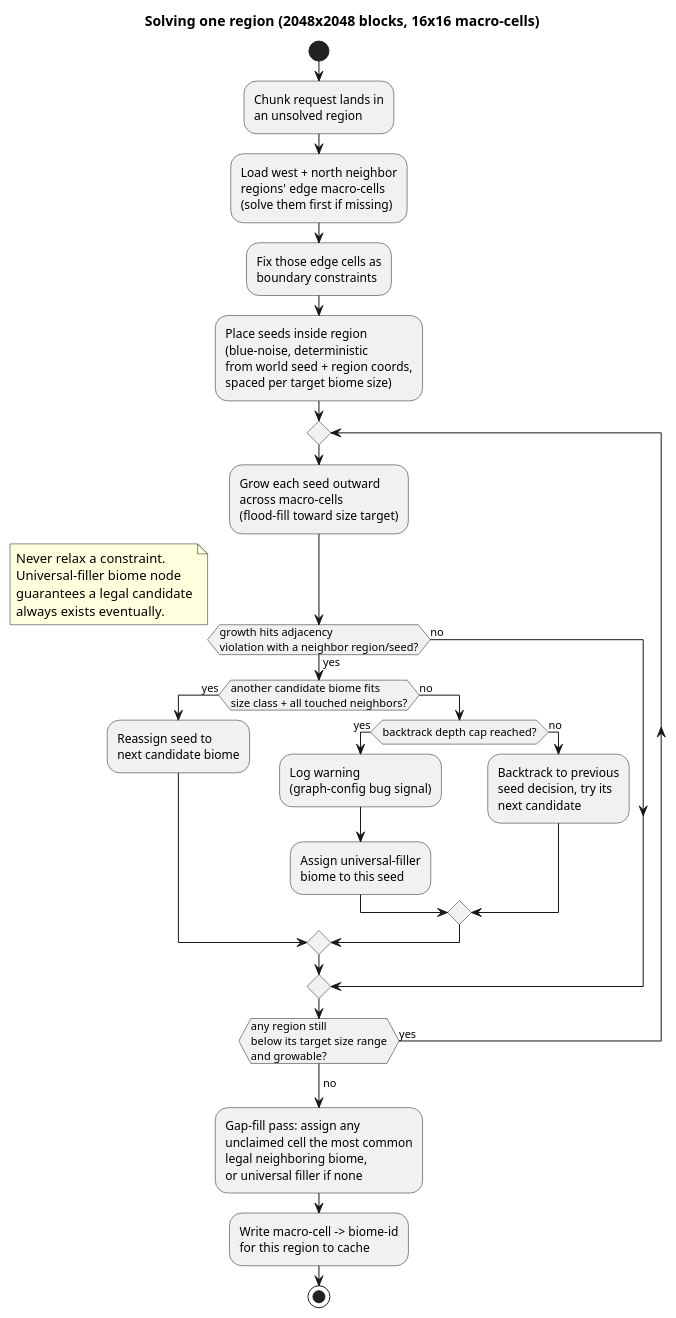
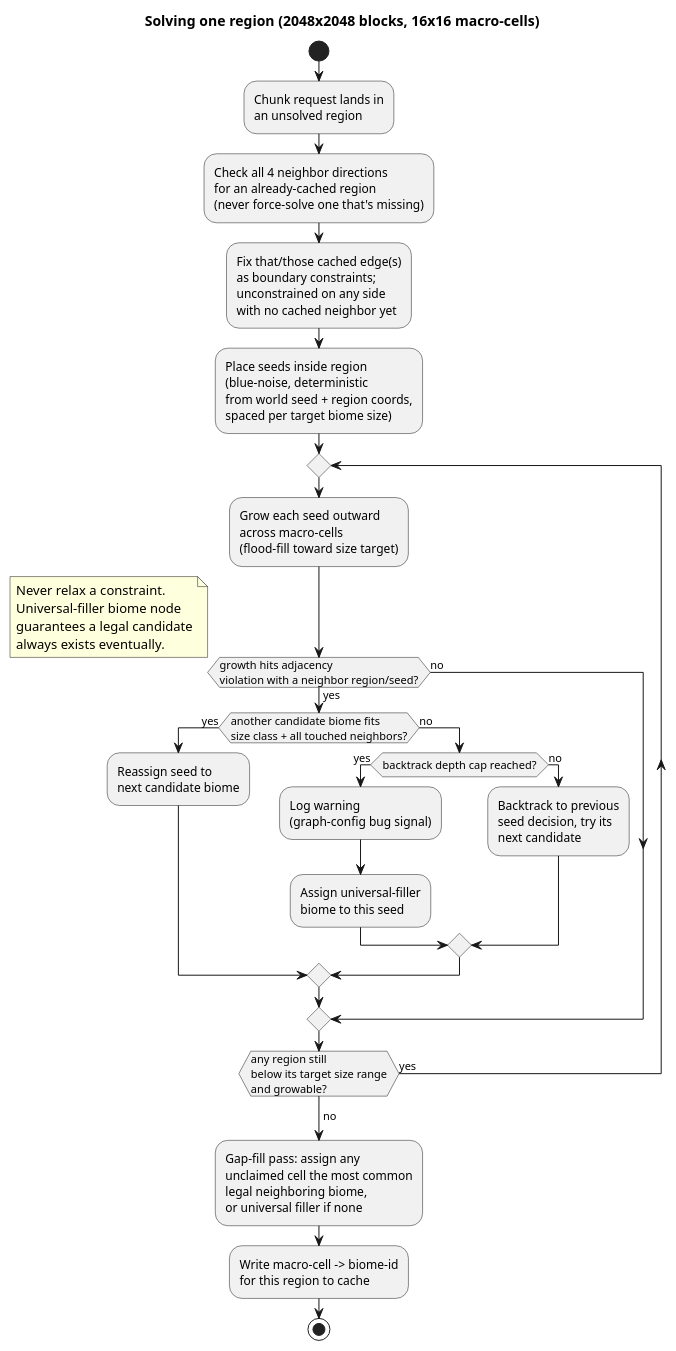
Before and after one commit to Boulede987/Mine-Utz: the diagram in companion-mods/mineutze-worldgen/doc/region-solve-activity.puml, drawn with PlantUML. The commit also changed 2 other files, not shown here.

Commit message:
Fix circular west/north dependency in region-solve design
Original design said a region needs its west/north neighbors solved
first. On an infinite world that's circular - there's no region with
no west/north neighbor to act as a base case, so the very first
region ever solved would recurse forever trying to solve its
neighbors first.

Fixed: check all 4 neighbor directions for an already-cached region
and use it as boundary context; never force-solve a missing one. A
side with nothing cached yet is just unconstrained. Found while
designing the mod-side cache manager, before it could cause the bug
at runtime. RegionSolveInput.fixedBoundaryCells was already
direction-agnostic in code - only the doc narrative and javadoc
wording assumed west/north.

```diff
--- a/companion-mods/mineutze-worldgen/doc/region-solve-activity.puml
+++ b/companion-mods/mineutze-worldgen/doc/region-solve-activity.puml
@@ -1,38 +1,38 @@
 @startuml
 title Solving one region (2048x2048 blocks, 16x16 macro-cells)
 
 start
 :Chunk request lands in\nan unsolved region;
-:Load west + north neighbor\nregions' edge macro-cells\n(solve them first if missing);
-:Fix those edge cells as\nboundary constraints;
+:Check all 4 neighbor directions\nfor an already-cached region\n(never force-solve one that's missing);
+:Fix that/those cached edge(s)\nas boundary constraints;\nunconstrained on any side\nwith no cached neighbor yet;
 :Place seeds inside region\n(blue-noise, deterministic\nfrom world seed + region coords,\nspaced per target biome size);
 
 repeat
   :Grow each seed outward\nacross macro-cells\n(flood-fill toward size target);
   if (growth hits adjacency\nviolation with a neighbor region/seed?) then (yes)
     if (another candidate biome fits\nsize class + all touched neighbors?) then (yes)
       :Reassign seed to\nnext candidate biome;
     else (no)
       if (backtrack depth cap reached?) then (yes)
         :Log warning\n(graph-config bug signal);
         :Assign universal-filler\nbiome to this seed;
       else (no)
         :Backtrack to previous\nseed decision, try its\nnext candidate;
       endif
     endif
   else (no)
   endif
 repeat while (any region still\nbelow its target size range\nand growable?) is (yes)
 ->no;
 
 note right
   Never relax a constraint.
   Universal-filler biome node
   guarantees a legal candidate
   always exists eventually.
 end note
 
 :Gap-fill pass: assign any\nunclaimed cell the most common\nlegal neighboring biome,\nor universal filler if none;
 :Write macro-cell -> biome-id\nfor this region to cache;
 stop
 @enduml
```
